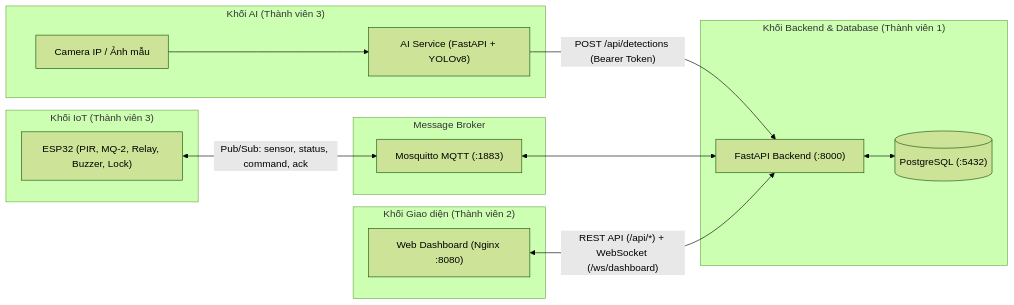
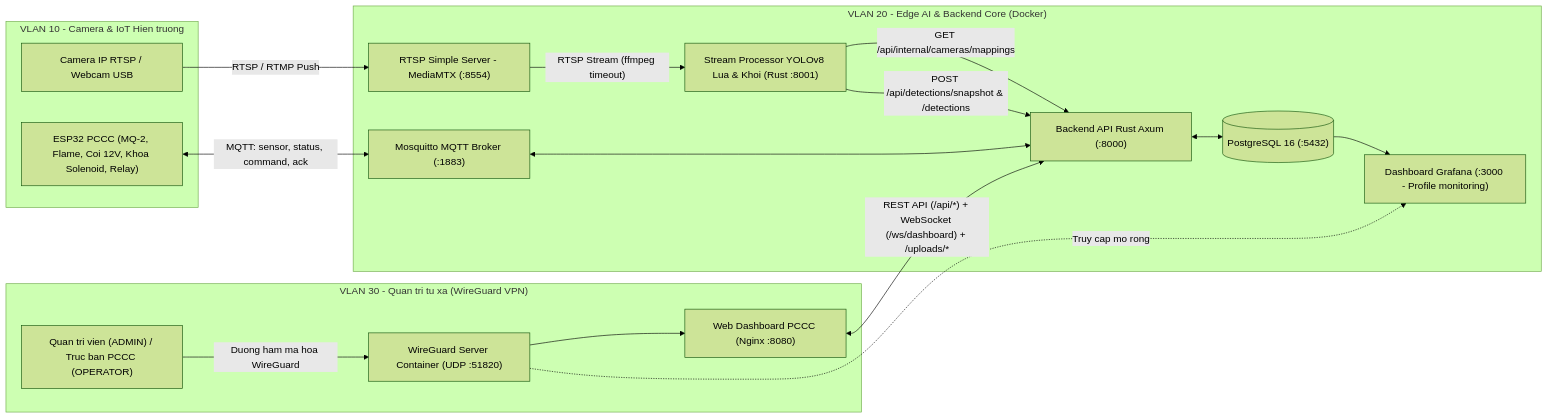
The first of 2 diagrams in docs/ARCHITECTURE.md (LuongBaoLoc/security-monitoring-system), drawn with Mermaid (forest theme) before and after one commit. The commit also changed other lines of this file and 42 other files, not shown here.

Commit message:
Hoàn thiện Tuần 5-6 (Auth, Camera RTSP, AI YOLOv8 ONNX, Snapshot & WebSocket) và đồng bộ hạ tầng PCCC

````diff
--- a/docs/ARCHITECTURE.md
+++ b/docs/ARCHITECTURE.md
@@ -7,29 +15,36 @@
 ```mermaid
 flowchart LR
-    subgraph Edge_AI["Khối AI (Thành viên 3)"]
-        CAM["Camera IP / Ảnh mẫu"] --> YOLO["AI Service (FastAPI + YOLOv8)"]
+    subgraph VLAN10["VLAN 10 - Camera & IoT Hien truong"]
+        CAM["Camera IP RTSP / Webcam USB"]
+        ESP["ESP32 PCCC (MQ-2, Flame, Coi 12V, Khoa Solenoid, Relay)"]
     end
 
-    subgraph Edge_IoT["Khối IoT (Thành viên 3)"]
-        ESP["ESP32 (PIR, MQ-2, Relay, Buzzer, Lock)"]
+    subgraph VLAN20["VLAN 20 - Edge AI & Backend Core (Docker)"]
+        MTX["RTSP Simple Server - MediaMTX (:8554)"]
+        AI["Stream Processor YOLOv8 Lua & Khoi (Rust :8001)"]
+        MQTT["Mosquitto MQTT Broker (:1883)"]
+        API["Backend API Rust Axum (:8000)"]
+        DB[("PostgreSQL 16 (:5432)")]
+        GRAF["Dashboard Grafana (:3000 - Profile monitoring)"]
+
+        CAM -- "RTSP / RTMP Push" --> MTX
+        MTX -- "RTSP Stream (ffmpeg timeout)" --> AI
+        AI -- "GET /api/internal/cameras/mappings" --> API
+        AI -- "POST /api/detections/snapshot & /detections" --> API
+        ESP <-- "MQTT: sensor, status, command, ack" --> MQTT
+        MQTT <--> API
+        API <--> DB
+        DB --> GRAF
     end
 
-    subgraph Broker["Message Broker"]
-        MQTT["Mosquitto MQTT (:1883)"]
+    subgraph VLAN30["VLAN 30 - Quan tri tu xa (WireGuard VPN)"]
+        WG["WireGuard Server Container (UDP :51820)"]
+        WEB["Web Dashboard PCCC (Nginx :8080)"]
+        USER["Quan tri vien (ADMIN) / Truc ban PCCC (OPERATOR)"]
+
+        USER -- "Duong ham ma hoa WireGuard" --> WG
+        WG --> WEB
+        WG -. "Truy cap mo rong" .-> GRAF
+        WEB <-- "REST API (/api/*) + WebSocket (/ws/dashboard) + /uploads/*" --> API
     end
-
-    subgraph Core_Backend["Khối Backend & Database (Thành viên 1)"]
-        API["FastAPI Backend (:8000)"]
-        DB[("PostgreSQL (:5432)")]
-        API <--> DB
-    end
-
-    subgraph Client_UI["Khối Giao diện (Thành viên 2)"]
-        WEB["Web Dashboard (Nginx :8080)"]
-    end
-
-    YOLO -- "POST /api/detections (Bearer Token)" --> API
-    ESP <-- "Pub/Sub: sensor, status, command, ack" --> MQTT
-    MQTT <--> API
-    WEB <-- "REST API (/api/*) + WebSocket (/ws/dashboard)" --> API
 ```
````
